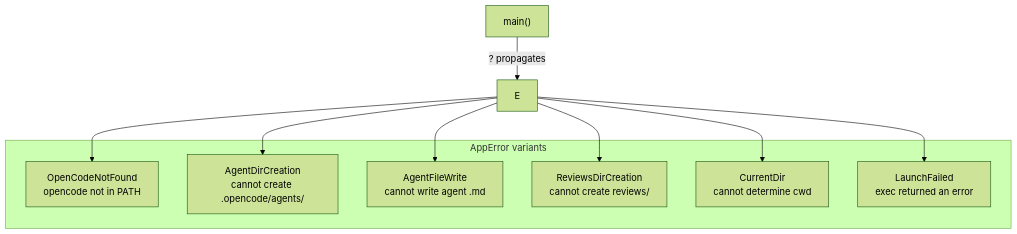
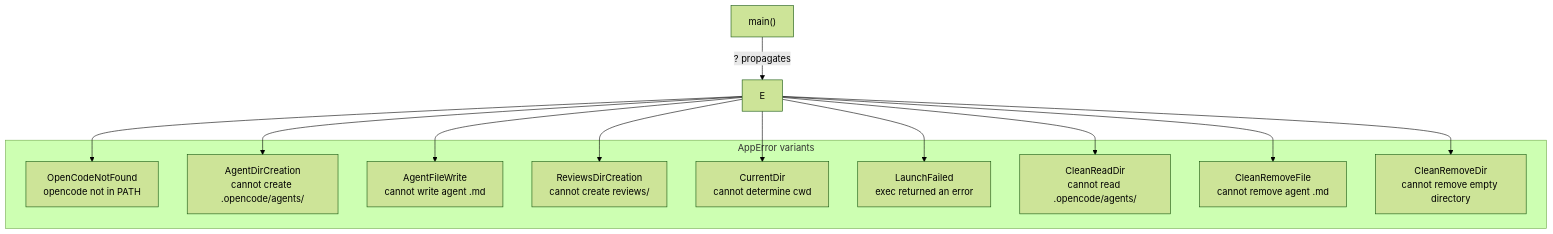
One commit to vansweej/architecture_prompts changed the ninth of 11 diagrams in docs/architecture.md. Above: the diagram before and after it, drawn with Mermaid (forest theme). The commit also changed other lines of this file and 7 other files, not shown here.

First line of the commit message:
feat: add --clean flag to remove generated arch-*.md agent files

````diff
--- a/docs/architecture.md
+++ b/docs/architecture.md
@@ -296,15 +338,18 @@
 ```mermaid
 flowchart TD
     main["main()"] -->|"?  propagates"| E
 
     subgraph errors["AppError variants"]
         E1[OpenCodeNotFound\nopencode not in PATH]
         E2[AgentDirCreation\ncannot create .opencode/agents/]
         E3[AgentFileWrite\ncannot write agent .md]
         E4[ReviewsDirCreation\ncannot create reviews/]
         E5[CurrentDir\ncannot determine cwd]
         E6[LaunchFailed\nexec returned an error]
+        E7[CleanReadDir\ncannot read .opencode/agents/]
+        E8[CleanRemoveFile\ncannot remove agent .md]
+        E9[CleanRemoveDir\ncannot remove empty directory]
     end
 
-    E --> E1 & E2 & E3 & E4 & E5 & E6
+    E --> E1 & E2 & E3 & E4 & E5 & E6 & E7 & E8 & E9
 ```
````
